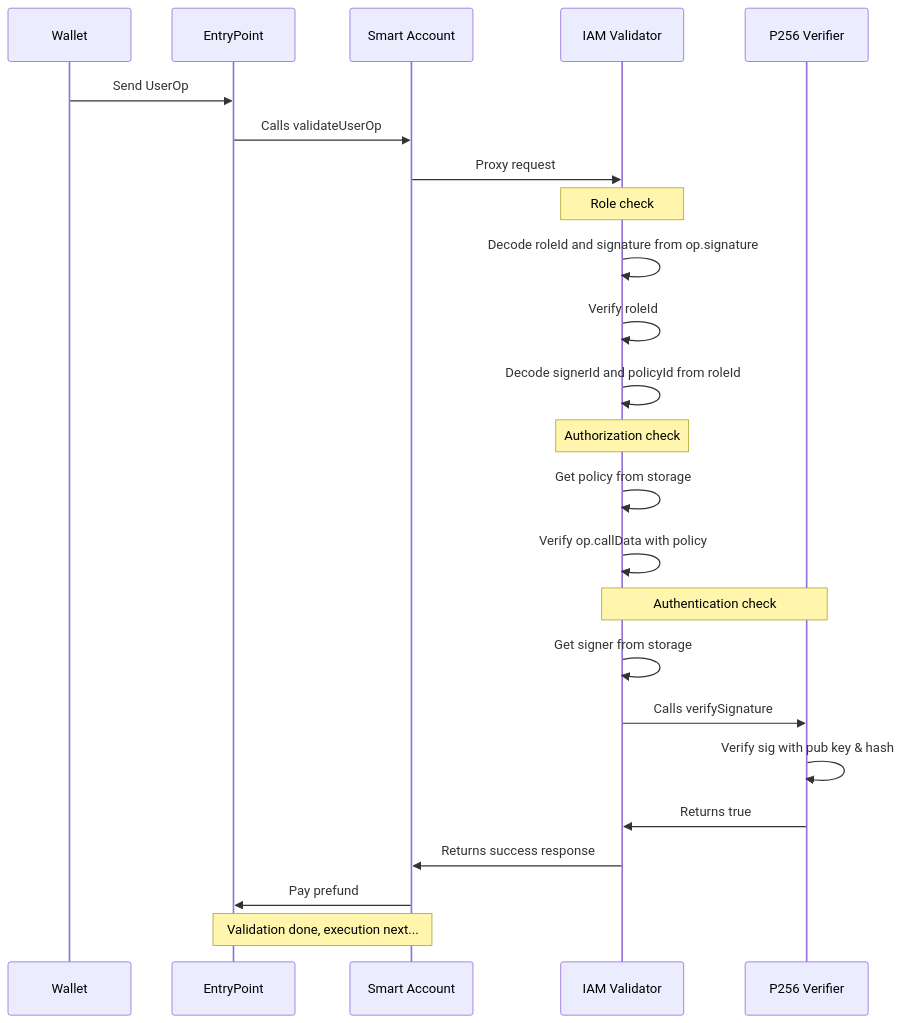
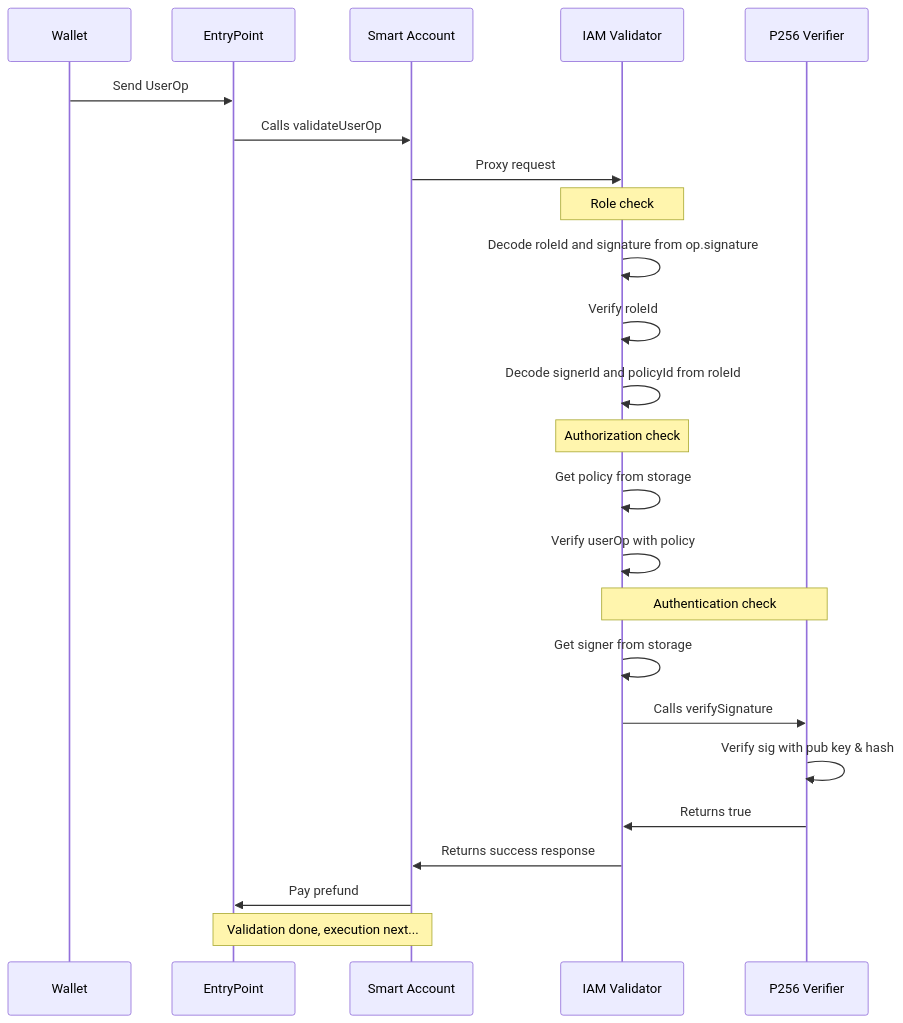
The diagram in README.md (stackup-wallet/accessctl), drawn with Mermaid before and after one commit.

Commit message:
README: fix authz check in sequence diagram (#17)

````diff
--- a/README.md
+++ b/README.md
@@ -23,21 +23,21 @@
 ```mermaid
 sequenceDiagram
     Wallet->>EntryPoint:Send UserOp
     EntryPoint->>Smart Account: Calls validateUserOp
     Smart Account->>IAM Validator: Proxy request
     Note over IAM Validator: Role check
     IAM Validator->>IAM Validator: Decode roleId and signature from op.signature
     IAM Validator->>IAM Validator: Verify roleId
     IAM Validator->>IAM Validator: Decode signerId and policyId from roleId
     Note over IAM Validator: Authorization check
     IAM Validator->>IAM Validator: Get policy from storage
-    IAM Validator->>IAM Validator: Verify op.callData with policy
+    IAM Validator->>IAM Validator: Verify userOp with policy
     Note over IAM Validator,P256 Verifier: Authentication check
     IAM Validator->>IAM Validator: Get signer from storage
     IAM Validator->>P256 Verifier: Calls verifySignature
     P256 Verifier->>P256 Verifier: Verify sig with pub key & hash
     P256 Verifier->>IAM Validator: Returns true
     IAM Validator->>Smart Account: Returns success response
     Smart Account->>EntryPoint: Pay prefund
     Note over EntryPoint,Smart Account: Validation done, execution next...
 ```
````
